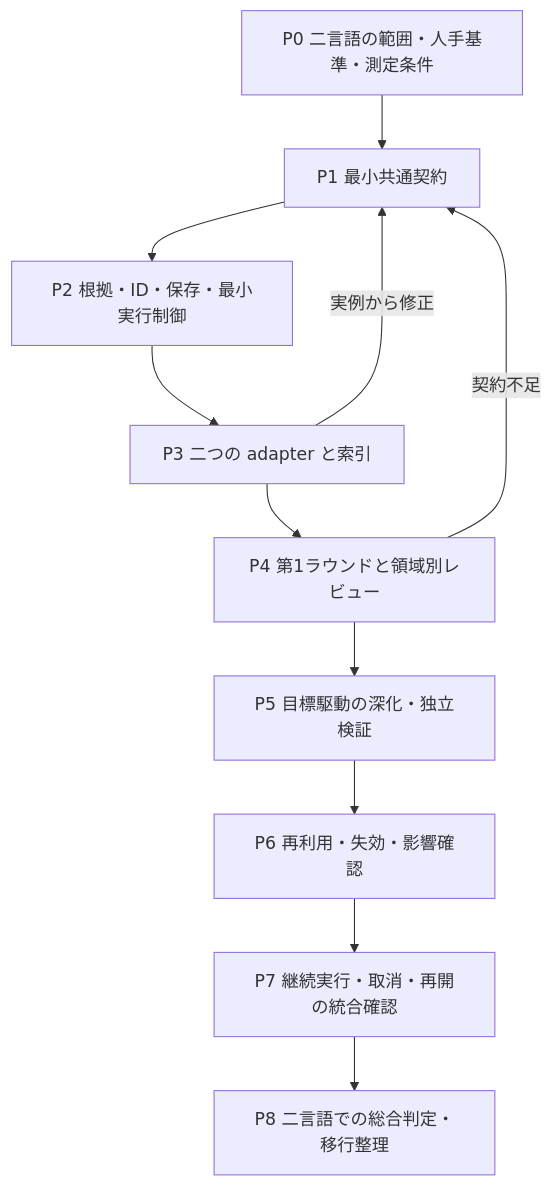
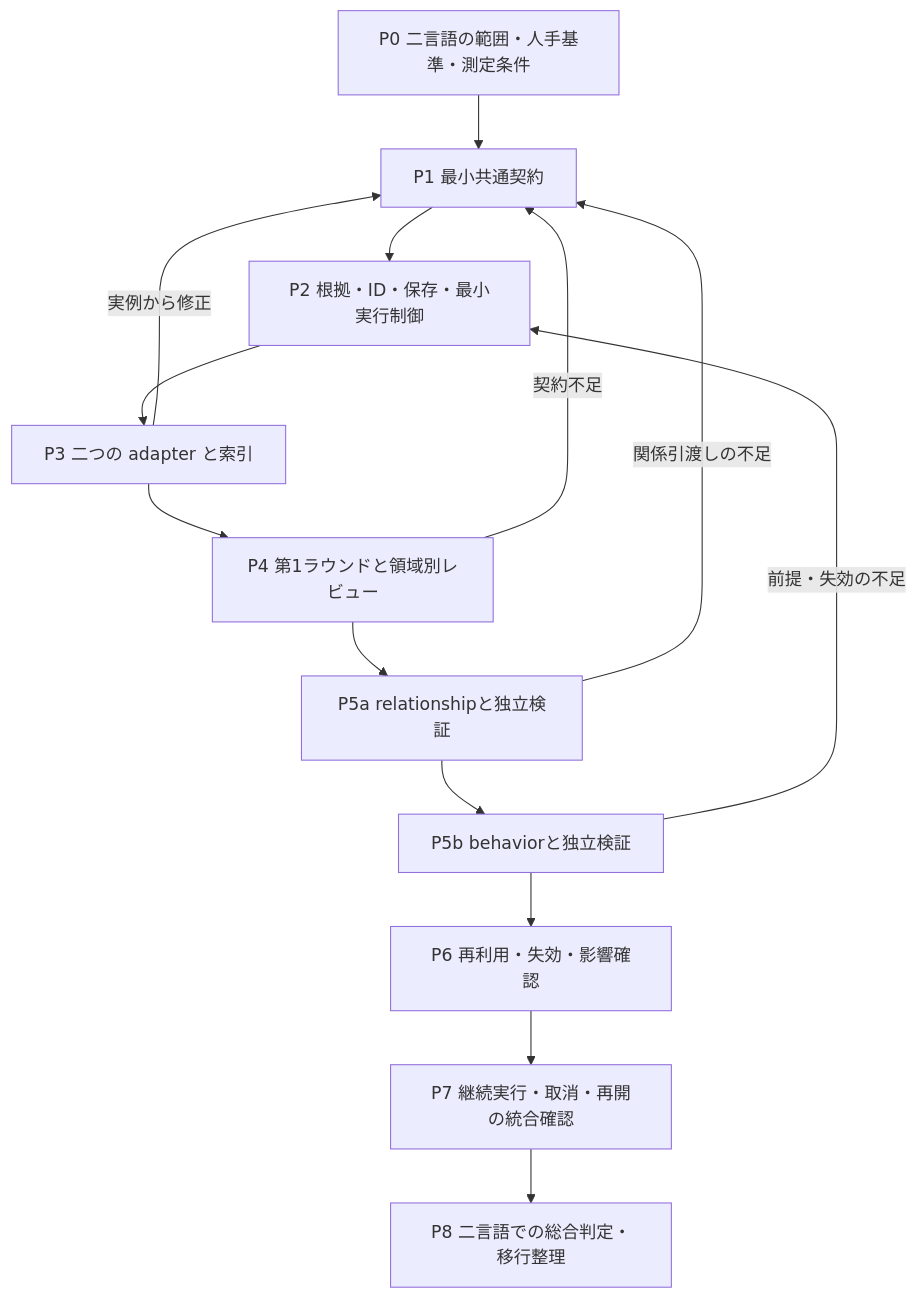
The diagram in agents/reverse-agent/docs/ContextBase実装計画.md (tujinrong/contextbase-evaluation), drawn with Mermaid before and after one commit. The commit also changed other lines of this file and 31 other files, not shown here.

````diff
--- a/agents/reverse-agent/docs/ContextBase実装計画.md
+++ b/agents/reverse-agent/docs/ContextBase実装計画.md
@@ -70,13 +107,16 @@
 ```mermaid
 flowchart TD
     P0[P0 二言語の範囲・人手基準・測定条件] --> P1[P1 最小共通契約]
     P1 --> P2[P2 根拠・ID・保存・最小実行制御]
     P2 --> P3[P3 二つの adapter と索引]
     P3 --> P4[P4 第1ラウンドと領域別レビュー]
-    P4 --> P5[P5 目標駆動の深化・独立検証]
-    P5 --> P6[P6 再利用・失効・影響確認]
+    P4 --> P5a[P5a relationshipと独立検証]
+    P5a --> P5b[P5b behaviorと独立検証]
+    P5b --> P6[P6 再利用・失効・影響確認]
     P6 --> P7[P7 継続実行・取消・再開の統合確認]
     P7 --> P8[P8 二言語での総合判定・移行整理]
     P3 -->|実例から修正| P1
     P4 -->|契約不足| P1
+    P5a -->|関係引渡しの不足| P1
+    P5b -->|前提・失効の不足| P2
 ```
````
